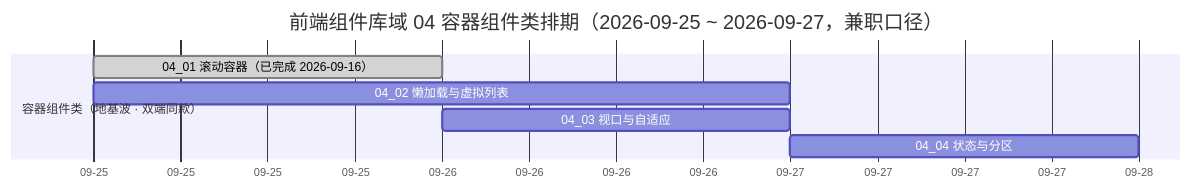
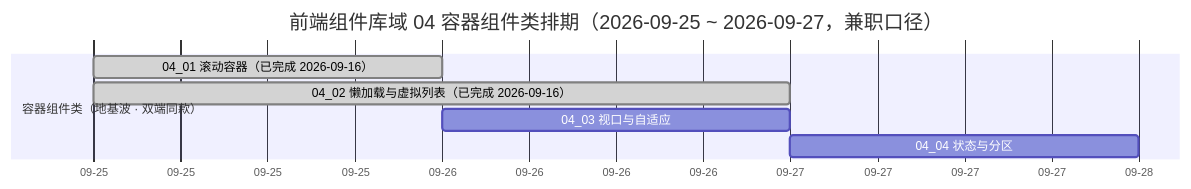
Before and after one commit to minjian123/basic-management-system: the diagram in bms文档/项目/04_前端组件库/计划/01_计划_前端组件库.md, drawn with Mermaid. The commit also changed other lines of this file and 13 other files, not shown here.

````diff
--- a/bms文档/项目/04_前端组件库/计划/01_计划_前端组件库.md
+++ b/bms文档/项目/04_前端组件库/计划/01_计划_前端组件库.md
@@ -97,11 +97,11 @@
 ```mermaid
 gantt
     title 前端组件库域 04 容器组件类排期（2026-09-25 ~ 2026-09-27，兼职口径）
     dateFormat  YYYY-MM-DD
     axisFormat %m-%d
     section 容器组件类（地基波 · 双端同款）
     04_01 滚动容器（已完成 2026-09-16） :done, t0401, 2026-09-25, 1d
-    04_02 懒加载与虚拟列表 :t0402, 2026-09-25, 2d
+    04_02 懒加载与虚拟列表（已完成 2026-09-16） :done, t0402, 2026-09-25, 2d
     04_03 视口与自适应 :t0403, 2026-09-26, 1d
     04_04 状态与分区 :t0404, 2026-09-27, 1d
 ```
````
